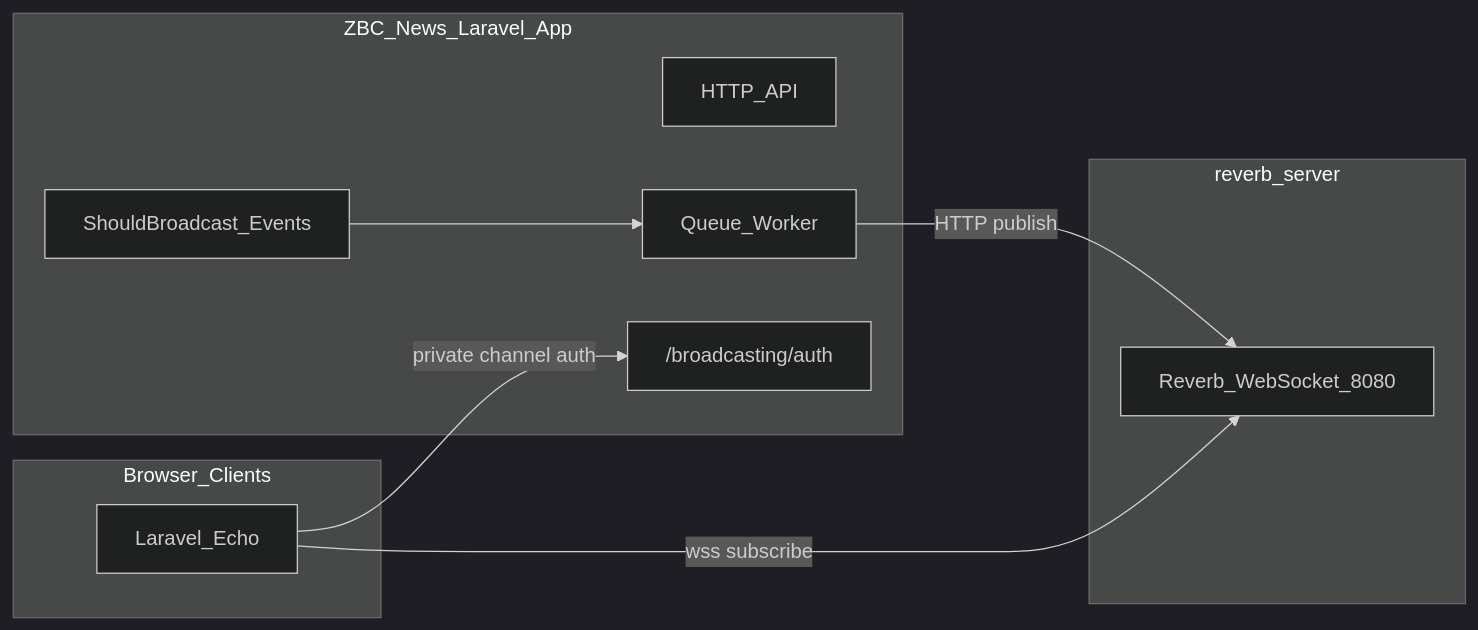
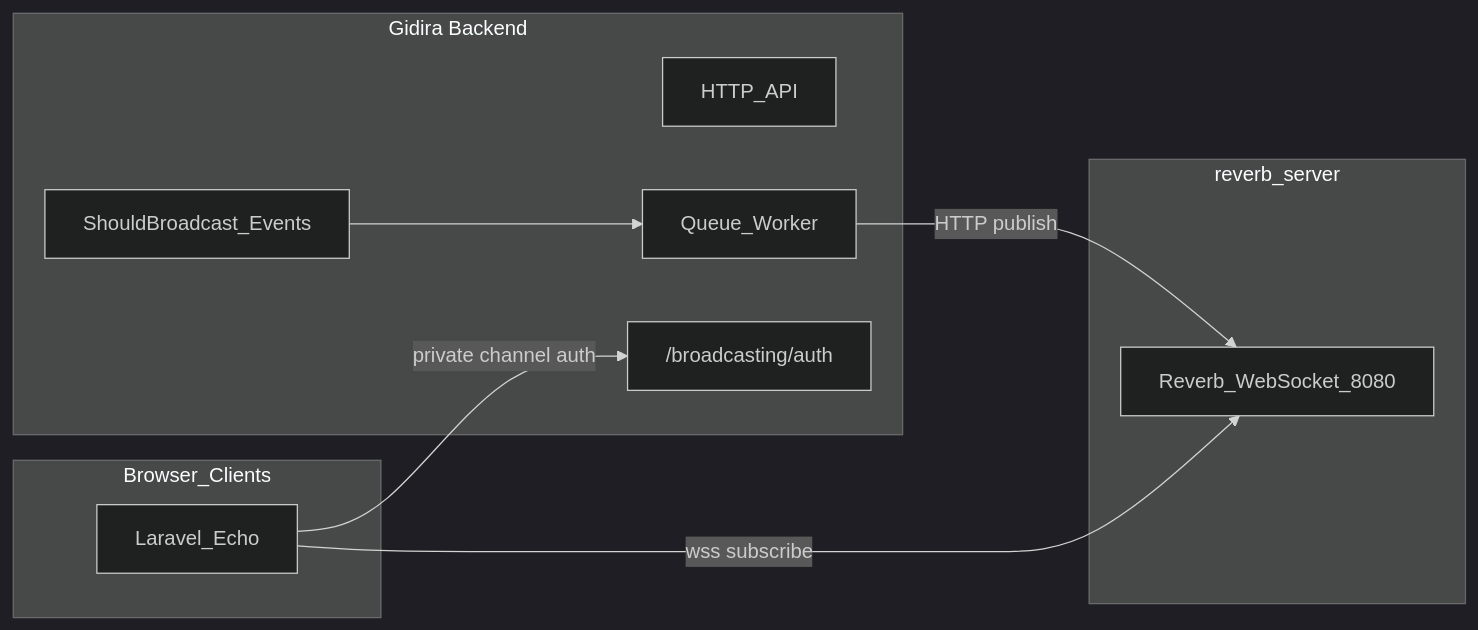
Before and after one commit to MakTech-Laravel/olabisiolai_websocket: the diagram in README.md, drawn with Mermaid (dark theme). The commit also changed other lines of this file, not shown here.

Commit message:
Update README.md to reflect rebranding from ZBC News to Gidira, including changes to architecture references and environment variable instructions.

````diff
--- a/README.md
+++ b/README.md
@@ -7,22 +7,22 @@
 ```mermaid
 flowchart LR
-    subgraph mainApp [ZBC_News_Laravel_App]
+    subgraph mainApp [Gidira Backend]
         API[HTTP_API]
         Queue[Queue_Worker]
         Auth["/broadcasting/auth"]
         Events[ShouldBroadcast_Events]
     end
 
     subgraph reverbSvc [reverb_server]
         Reverb[Reverb_WebSocket_8080]
     end
 
     subgraph clients [Browser_Clients]
         Echo[Laravel_Echo]
     end
 
     Events --> Queue
     Queue -->|"HTTP publish"| Reverb
     Echo -->|"wss subscribe"| Reverb
     Echo -->|"private channel auth"| Auth
 ```
````
